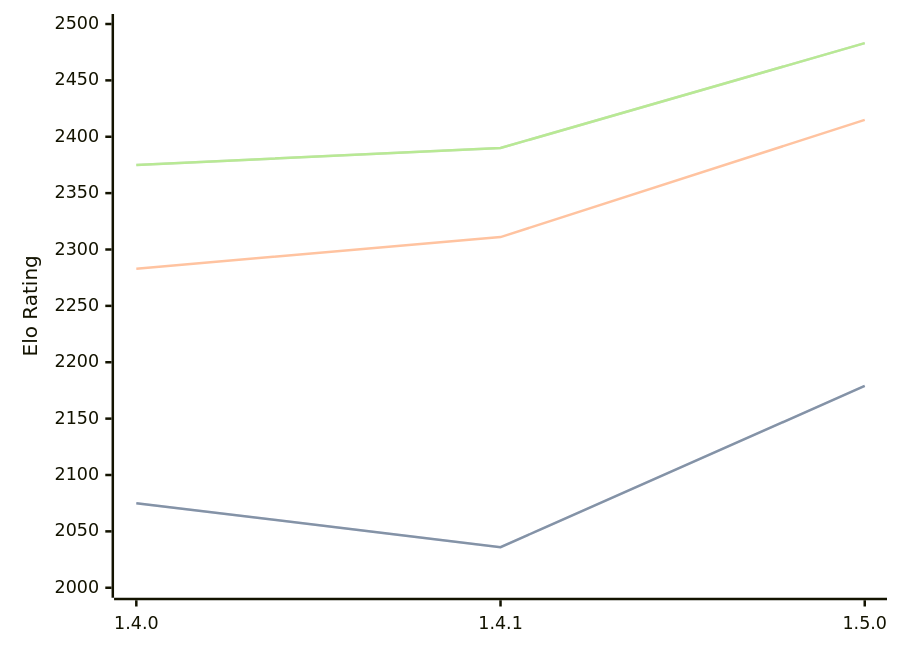
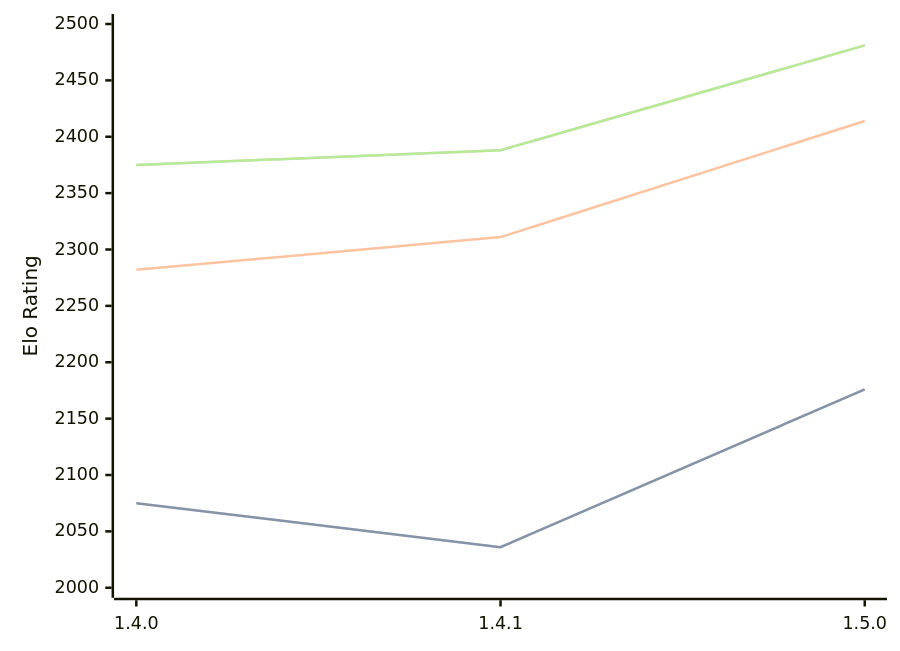
Before and after one commit to computer-chess-index/cci: the diagram in engines/Tofiks.md, drawn with Mermaid. The commit also changed other lines of this file, not shown here.

Commit message:
Update CCI Ratings (ELO VLTC) - 2026-06-10

````diff
--- a/engines/Tofiks.md
+++ b/engines/Tofiks.md
@@ -37,11 +37,11 @@
 ```mermaid
 %%{init: {"theme":"base","themeVariables":{"seriesColors:['#a3a3a3','#222221','#faa371']}}}%%
 xychart-beta
   x-axis ["1.4.0", "1.4.1", "1.5.0"]
   y-axis "Elo Rating" 2000 --> 2500
-  line "STC (8.0+0.08s)" [2075, 2036, 2179]
-  line "STC (8.0+0.08s)" [2075, 2036, 2179]
-  line "LTC (60.0+0.60s)" [2283, 2311, 2415]
-  line "VLTC (2m24s+1.12s)" [2375, 2390, 2483]
-  line "VLTC (2m24s+1.12s)" [2375, 2390, 2483]
+  line "STC (8.0+0.08s)" [2075, 2036, 2176]
+  line "STC (8.0+0.08s)" [2075, 2036, 2176]
+  line "LTC (60.0+0.60s)" [2282, 2311, 2414]
+  line "VLTC (2m24s+1.12s)" [2375, 2388, 2481]
+  line "VLTC (2m24s+1.12s)" [2375, 2388, 2481]
 ```
````
